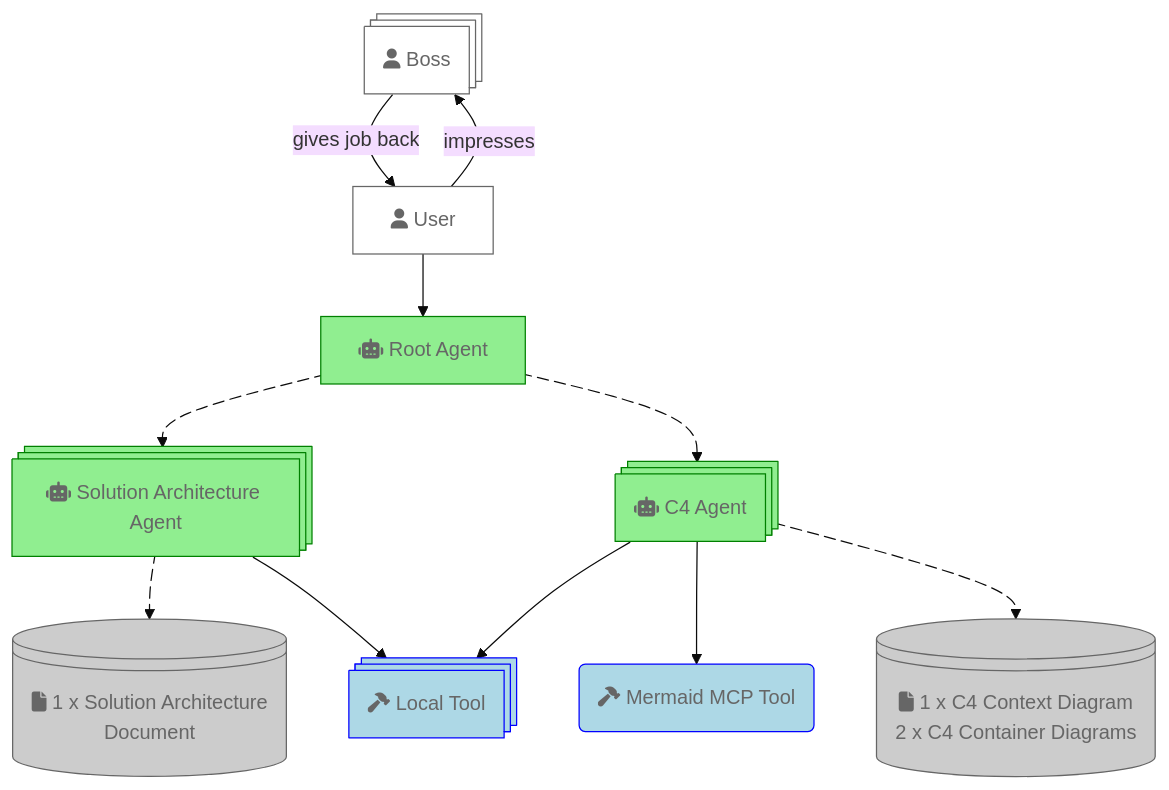
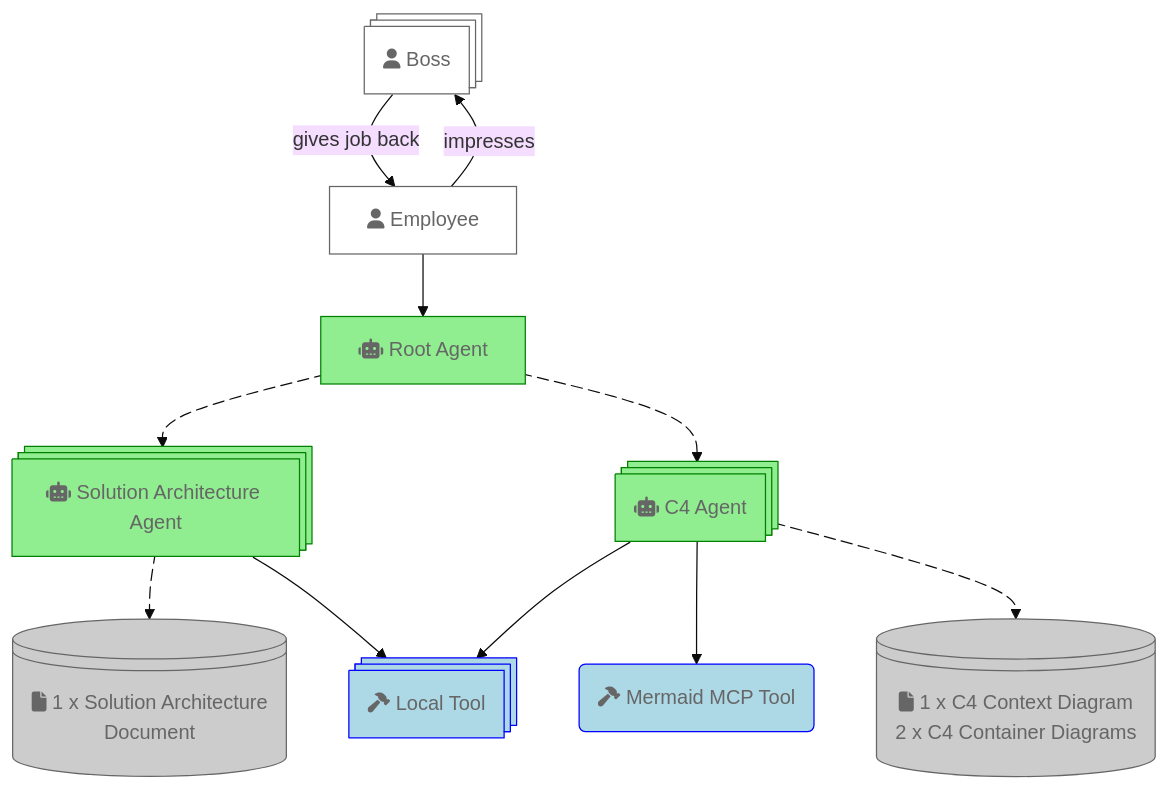
Before and after one commit to choonchernlim/keep-my-job-app: the diagram in README.md, drawn with Mermaid (base theme).

Commit message:
Update architecture diagram in README.md to enhance clarity and detail

````diff
--- a/README.md
+++ b/README.md
@@ -20,33 +20,33 @@
 ```mermaid
 flowchart TD
     B:::userClass@{ shape: processes, label: "fa:fa-user Boss" }
-    U["fa:fa-user User"]:::userClass
+    U["fa:fa-user Employee"]:::userClass
     AR["fa:fa-robot Root Agent"]:::agentClass
     AS:::agentClass@{ shape: processes, label: "fa:fa-robot Solution Architecture Agent" }
     AC:::agentClass@{ shape: processes, label: "fa:fa-robot C4 Agent" }
     DM:::artifactClass@{ shape: lin-cyl, label: "fa:fa-file 1 x Solution Architecture\nDocument" }
     DD:::artifactClass@{ shape: lin-cyl, label: "fa:fa-file 1 x C4 Context Diagram \n 2 x C4 Container Diagrams" }
     TL:::toolClass@{ shape: processes, label: "fa:fa-hammer Local Tool" }
     TM("fa:fa-hammer Mermaid MCP Tool"):::toolClass
 
     U--impresses-->B
     B--gives job back-->U
     U-->AR
     AR e1@--> AS
     AR e2@--> AC
     AS e3@--> DM
     AS --> TL
     AC --> TL
     AC --> TM
     AC e4@--> DD
     
     e1@{ animate: true }
     e2@{ animate: true }
     e3@{ animate: true }
     e4@{ animate: true }
 
     classDef userClass fill:#FFFFFF,stroke:#666666,color:#666666
     classDef toolClass fill:lightblue,stroke:blue,color:#666666
     classDef agentClass fill:lightgreen,stroke:green,color:#666666
     classDef artifactClass fill:#CCCCCC,stroke:#666666,color:#666666
 ```
````
